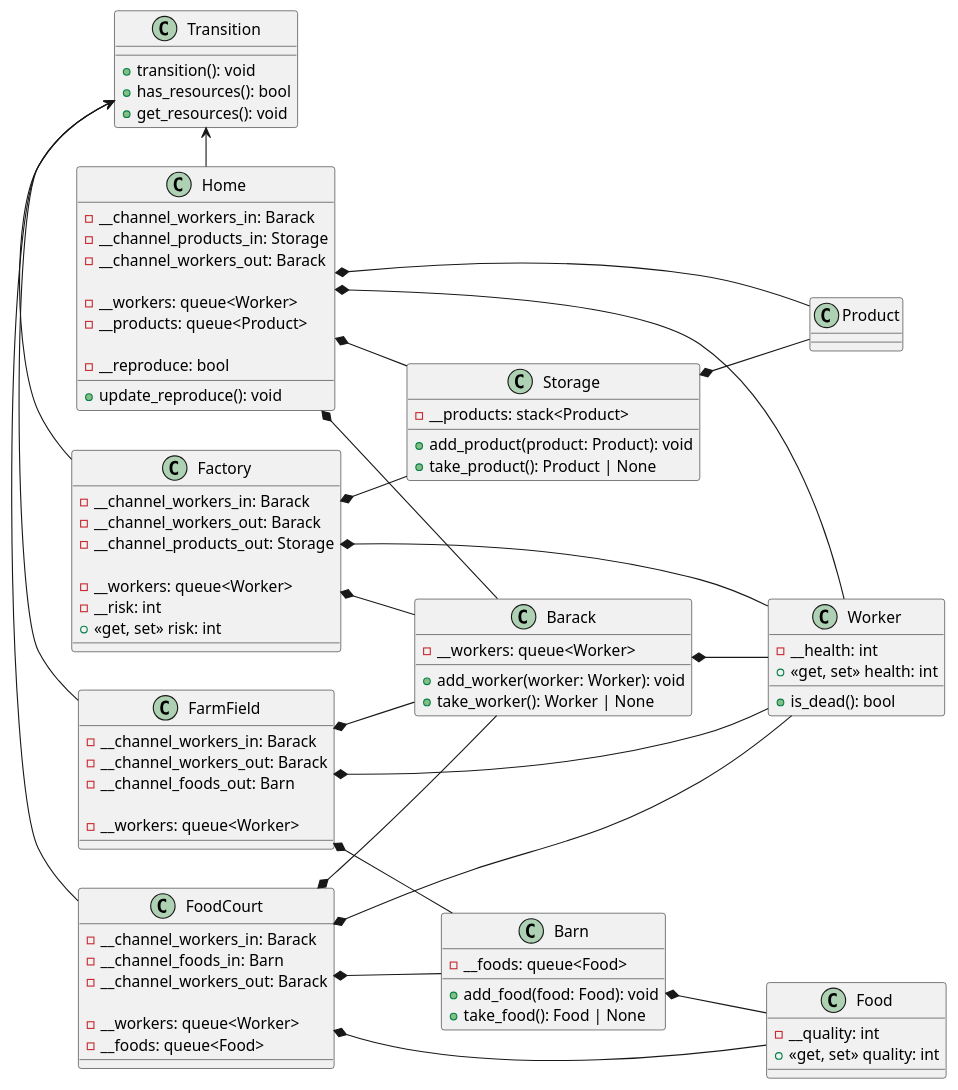
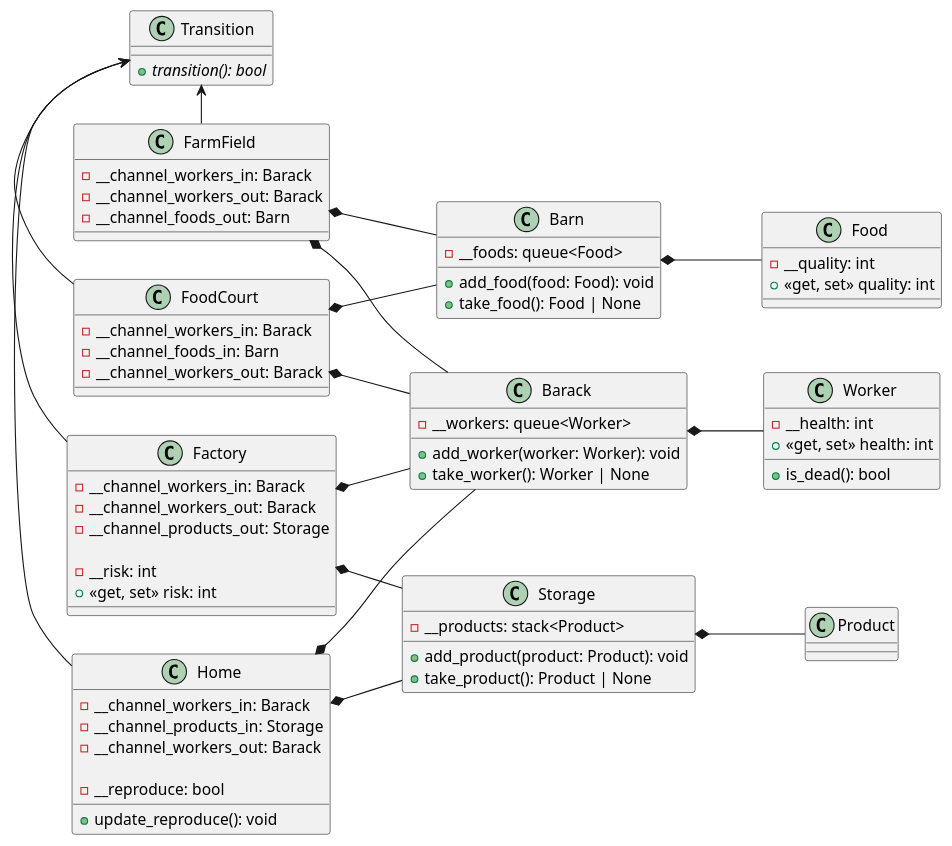
The diagram in SimSimsDesign.wsd (Gamingtoday093/SimSimsDesign), drawn with PlantUML before and after one commit. The commit also changed 1 other file, not shown here.

```diff
--- a/SimSimsDesign.wsd
+++ b/SimSimsDesign.wsd
@@ -1,116 +1,98 @@
 @startuml SimSimsDesign
 left to right direction
 
 /' Resources '/
 
 class Worker {
     - __health: int
     + <<get, set>> health: int
     + is_dead(): bool
 }
 
 class Food {
     - __quality: int
     + <<get, set>> quality: int
 }
 
 class Product {
     
 }
 
 /' Locations '/    
 
 class Barack {
     - __workers: queue<Worker>
 
     + add_worker(worker: Worker): void
     + take_worker(): Worker | None
 }
 
 class Barn {
     - __foods: queue<Food>
 
     + add_food(food: Food): void
     + take_food(): Food | None
 }
 
 class Storage {
     - __products: stack<Product>
 
     + add_product(product: Product): void
     + take_product(): Product | None
 }
 
 /' Transitions '/
 
 class Transition {
-    + transition(): void
-    + has_resources(): bool
-    + get_resources(): void
+    + {abstract} transition(): bool
 }
 
 class Factory {
     - __channel_workers_in: Barack
     - __channel_workers_out: Barack
     - __channel_products_out: Storage
 
-    - __workers: queue<Worker>
     - __risk: int
     + <<get, set>> risk: int
 }
 
 class FarmField {
     - __channel_workers_in: Barack
     - __channel_workers_out: Barack
     - __channel_foods_out: Barn
-
-    - __workers: queue<Worker>
 }
 
 class FoodCourt {
     - __channel_workers_in: Barack
     - __channel_foods_in: Barn
     - __channel_workers_out: Barack
-
-    - __workers: queue<Worker>
-    - __foods: queue<Food>
 }
 
 class Home {
     - __channel_workers_in: Barack
     - __channel_products_in: Storage
     - __channel_workers_out: Barack
-
-    - __workers: queue<Worker>
-    - __products: queue<Product>
 
     - __reproduce: bool
     + update_reproduce(): void
 }
 
 Transition <- Factory
 Transition <- FarmField
 Transition <- FoodCourt
 Transition <- Home
 
 Factory *-- Barack
 Factory *-- Storage
 FarmField *-- Barack
 FarmField *-- Barn
 FoodCourt *-- Barack
 FoodCourt *-- Barn
 Home *-- Barack
 Home *-- Storage
 
 Barack *-- Worker
 Barn *-- Food
 Storage *-- Product
 
-Factory *-- Worker
-FarmField *-- Worker
-FoodCourt *-- Worker
-FoodCourt *-- Food
-Home *-- Worker
-Home *-- Product
-
 @enduml
```
